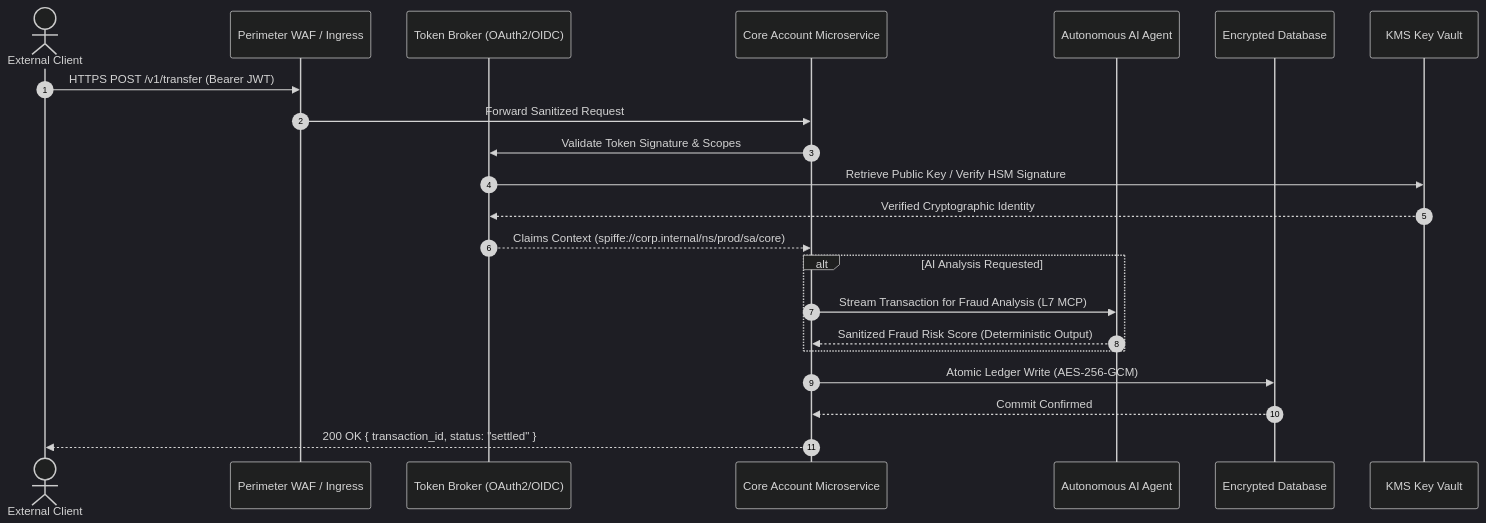
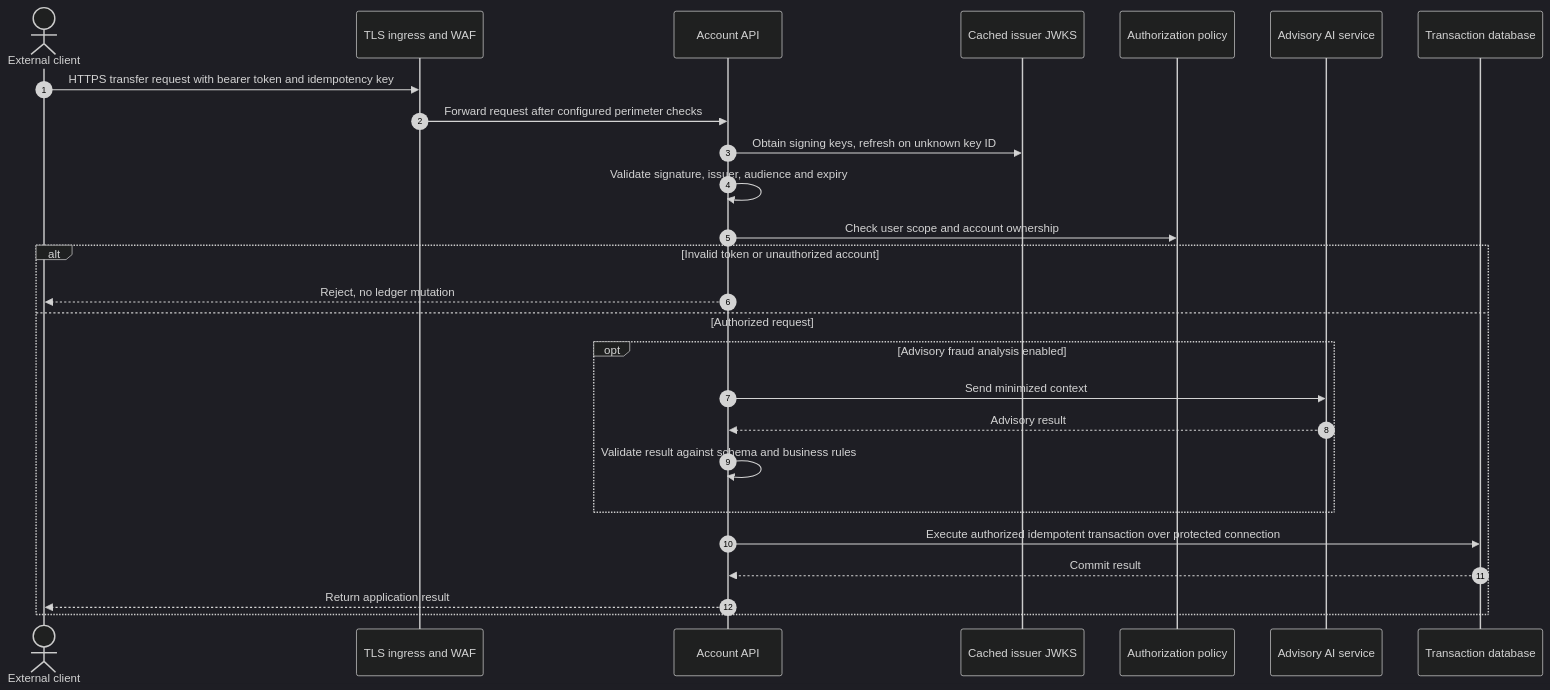
One commit to CloudSecCorner/cloudseccorner.github.io changed the third of 4 diagrams in public/labs/threat-modeling.md. Above: the diagram before and after it, drawn with Mermaid (dark theme). The commit also changed other lines of this file and 87 other files, not shown here.

Commit message:
feat: refresh developer architectures and unify site UI

````diff
--- a/public/labs/threat-modeling.md
+++ b/public/labs/threat-modeling.md
@@ -71,25 +57,28 @@
 ```mermaid
 sequenceDiagram
-    autonumber
-    actor Client as External Client
-    participant WAF as Perimeter WAF / Ingress
-    participant Auth as Token Broker (OAuth2/OIDC)
-    participant Core as Core Account Microservice
-    participant Agent as Autonomous AI Agent
-    participant DB as Encrypted Database
-    participant KMS as KMS Key Vault
-
-    Client->>WAF: HTTPS POST /v1/transfer (Bearer JWT)
-    WAF->>Core: Forward Sanitized Request
-    Core->>Auth: Validate Token Signature & Scopes
-    Auth->>KMS: Retrieve Public Key / Verify HSM Signature
-    KMS-->>Auth: Verified Cryptographic Identity
-    Auth-->>Core: Claims Context (spiffe://corp.internal/ns/prod/sa/core)
-    alt AI Analysis Requested
-        Core->>Agent: Stream Transaction for Fraud Analysis (L7 MCP)
-        Agent-->>Core: Sanitized Fraud Risk Score (Deterministic Output)
-    end
-    Core->>DB: Atomic Ledger Write (AES-256-GCM)
-    DB-->>Core: Commit Confirmed
-    Core-->>Client: 200 OK { transaction_id, status: "settled" }
+      autonumber
+      actor Client as External client
+      participant Ingress as TLS ingress and WAF
+      participant API as Account API
+      participant Keys as Cached issuer JWKS
+      participant Policy as Authorization policy
+      participant AI as Advisory AI service
+      participant DB as Transaction database
+      Client->>Ingress: HTTPS transfer request with bearer token and idempotency key
+      Ingress->>API: Forward request after configured perimeter checks
+      API->>Keys: Obtain signing keys, refresh on unknown key ID
+      API->>API: Validate signature, issuer, audience and expiry
+      API->>Policy: Check user scope and account ownership
+      alt Invalid token or unauthorized account
+        API-->>Client: Reject, no ledger mutation
+      else Authorized request
+        opt Advisory fraud analysis enabled
+          API->>AI: Send minimized context
+          AI-->>API: Advisory result
+          API->>API: Validate result against schema and business rules
+        end
+        API->>DB: Execute authorized idempotent transaction over protected connection
+        DB-->>API: Commit result
+        API-->>Client: Return application result
+      end
 ```
````
